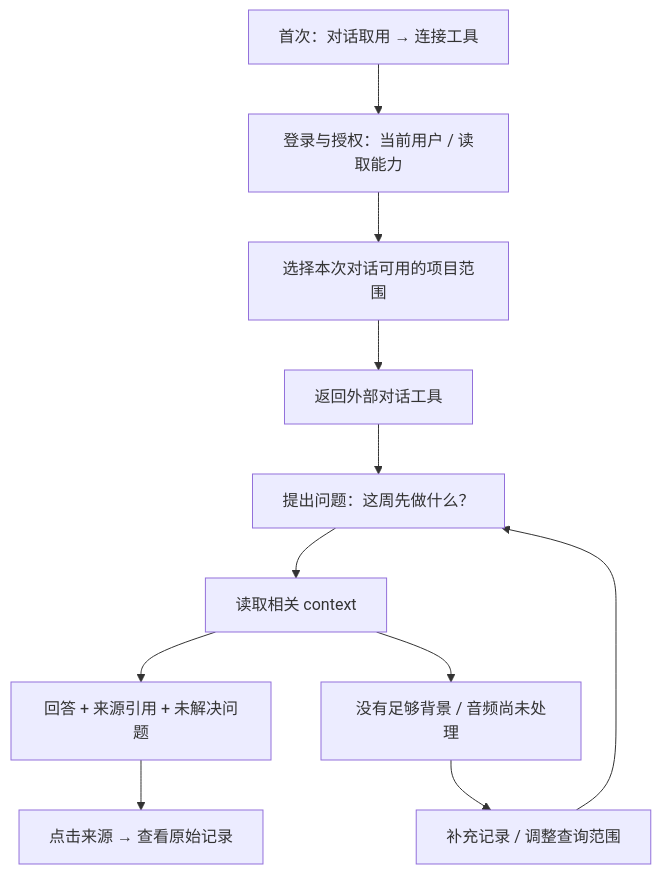
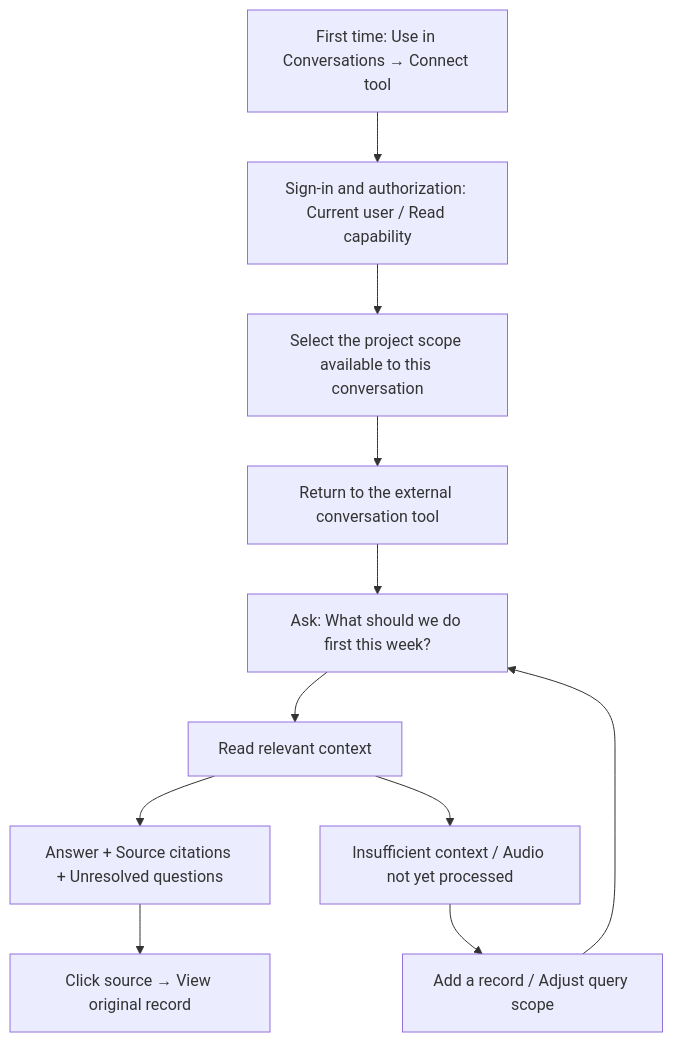
One commit to flyfy1/event-driven-context changed the fourth of 7 diagrams in docs/ux-flows.md. Above: the diagram before and after it, drawn with Mermaid. The commit also changed other lines of this file and 13 other files, not shown here.

```diff
--- a/docs/ux-flows.md
+++ b/docs/ux-flows.md
@@ -96,13 +98,13 @@
 ~~~mermaid
 flowchart TD
-    A["首次：对话取用 → 连接工具"] --> B["登录与授权：当前用户 / 读取能力"]
-    B --> C["选择本次对话可用的项目范围"]
-    C --> D["返回外部对话工具"]
-    D --> E["提出问题：这周先做什么？"]
-    E --> F["读取相关 context"]
-    F --> G["回答 + 来源引用 + 未解决问题"]
-    G --> H["点击来源 → 查看原始记录"]
-    F --> I["没有足够背景 / 音频尚未处理"]
-    I --> J["补充记录 / 调整查询范围"]
+    A["First time: Use in Conversations → Connect tool"] --> B["Sign-in and authorization: Current user / Read capability"]
+    B --> C["Select the project scope available to this conversation"]
+    C --> D["Return to the external conversation tool"]
+    D --> E["Ask: What should we do first this week?"]
+    E --> F["Read relevant context"]
+    F --> G["Answer + Source citations + Unresolved questions"]
+    G --> H["Click source → View original record"]
+    F --> I["Insufficient context / Audio not yet processed"]
+    I --> J["Add a record / Adjust query scope"]
     J --> E
 ~~~
```
